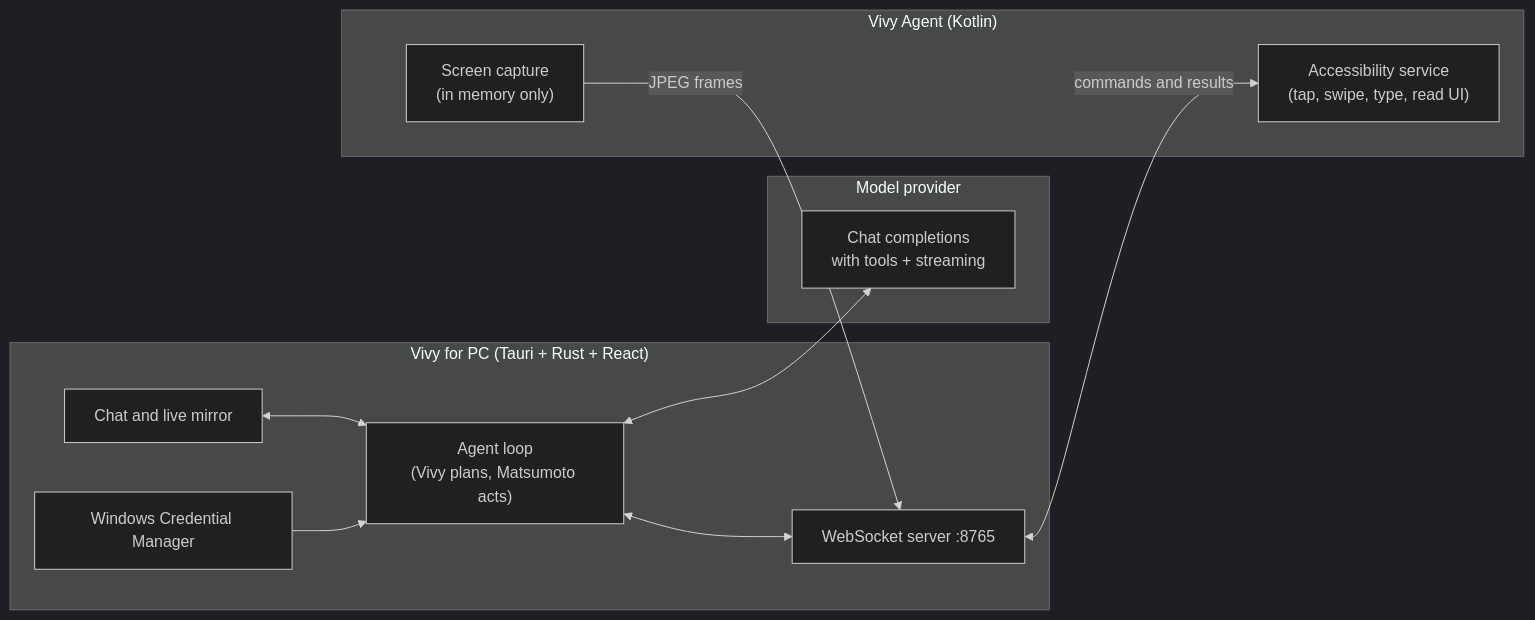
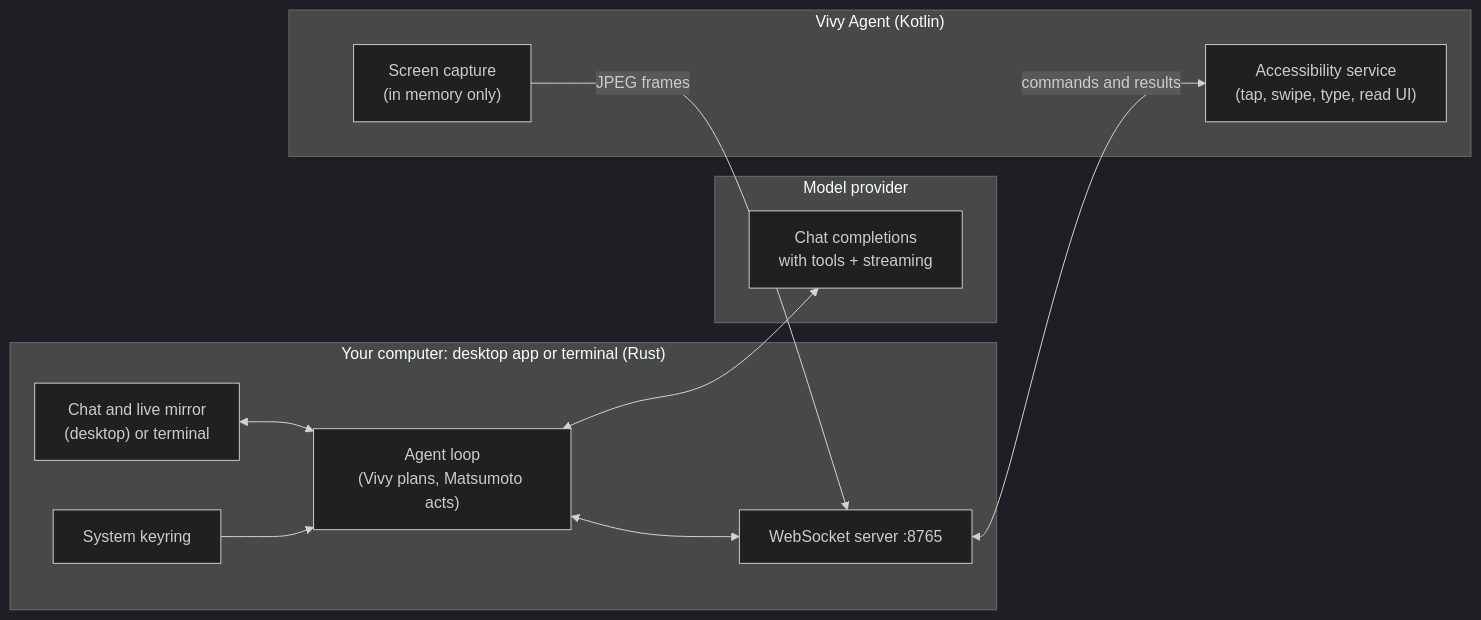
One commit to Pratik-3706/Vivy changed the diagram in README.md. Above: the diagram before and after it, drawn with Mermaid (dark theme). The commit also changed other lines of this file and 43 other files, not shown here.

First line of the commit message:
feat: terminal app for Windows and Linux, shared engine crate

````diff
--- a/README.md
+++ b/README.md
@@ -109,22 +175,22 @@
 ```mermaid
 graph LR
-    subgraph PC["Vivy for PC (Tauri + Rust + React)"]
-        UI["Chat and live mirror"]
+    subgraph PC["Your computer: desktop app or terminal (Rust)"]
+        UI["Chat and live mirror<br/>(desktop) or terminal"]
         AGENT["Agent loop<br/>(Vivy plans, Matsumoto acts)"]
         WS["WebSocket server :8765"]
-        VAULT["Windows Credential Manager"]
+        VAULT["System keyring"]
     end
     subgraph CLOUD["Model provider"]
         LLM["Chat completions<br/>with tools + streaming"]
     end
     subgraph PHONE["Vivy Agent (Kotlin)"]
         ACC["Accessibility service<br/>(tap, swipe, type, read UI)"]
         CAP["Screen capture<br/>(in memory only)"]
     end
     UI <--> AGENT
     AGENT <--> LLM
     AGENT <--> WS
     VAULT --> AGENT
     WS <-->|"commands and results"| ACC
     CAP -->|"JPEG frames"| WS
 ```
````
